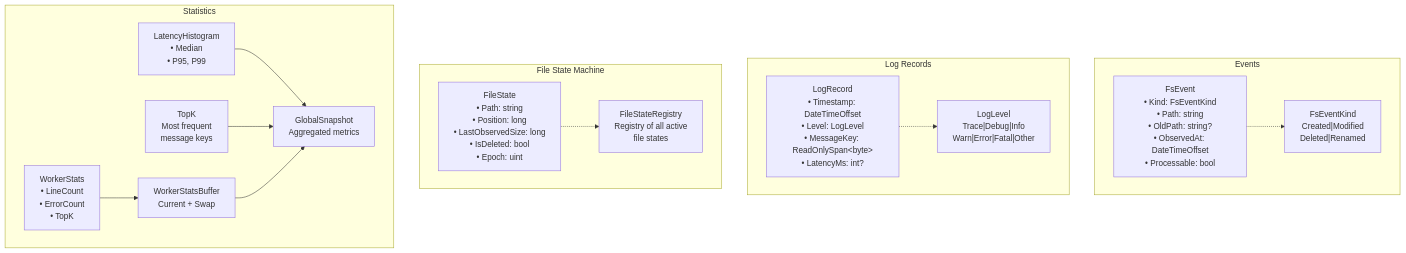
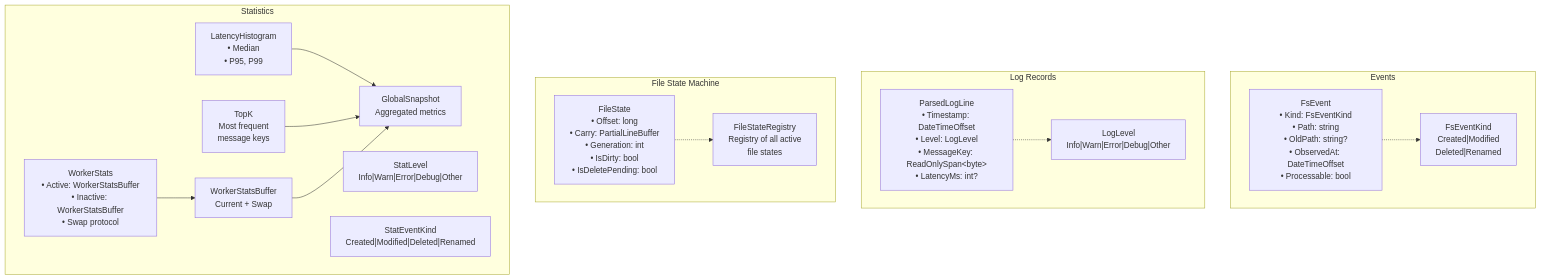
One commit to jvspeed74/LogWatcher changed the third of 8 diagrams in docs/system_diagram.md. Above: the diagram before and after it, drawn with Mermaid. The commit also changed other lines of this file and 21 other files, not shown here.

````diff
--- a/docs/system_diagram.md
+++ b/docs/system_diagram.md
@@ -152,34 +153,36 @@
 ```mermaid
 graph TB
     subgraph Events["Events"]
         FEV["FsEvent<br/>• Kind: FsEventKind<br/>• Path: string<br/>• OldPath: string?<br/>• ObservedAt: DateTimeOffset<br/>• Processable: bool"]
         FEVK["FsEventKind<br/>Created|Modified<br/>Deleted|Renamed"]
     end
 
     subgraph Records["Log Records"]
-        LOGR["LogRecord<br/>• Timestamp: DateTimeOffset<br/>• Level: LogLevel<br/>• MessageKey: ReadOnlySpan&lt;byte&gt;<br/>• LatencyMs: int?"]
-        LOGLVL["LogLevel<br/>Trace|Debug|Info<br/>Warn|Error|Fatal|Other"]
+        LOGR["ParsedLogLine<br/>• Timestamp: DateTimeOffset<br/>• Level: LogLevel<br/>• MessageKey: ReadOnlySpan&lt;byte&gt;<br/>• LatencyMs: int?"]
+        LOGLVL["LogLevel<br/>Info|Warn|Error|Debug|Other"]
     end
 
     subgraph FileState["File State Machine"]
-        FSTATE["FileState<br/>• Path: string<br/>• Position: long<br/>• LastObservedSize: long<br/>• IsDeleted: bool<br/>• Epoch: uint"]
+        FSTATE["FileState<br/>• Offset: long<br/>• Carry: PartialLineBuffer<br/>• Generation: int<br/>• IsDirty: bool<br/>• IsDeletePending: bool"]
         FSREG["FileStateRegistry<br/>Registry of all active<br/>file states"]
     end
 
     subgraph Stats["Statistics"]
-        WS["WorkerStats<br/>• LineCount<br/>• ErrorCount<br/>• TopK"]
+        WS["WorkerStats<br/>• Active: WorkerStatsBuffer<br/>• Inactive: WorkerStatsBuffer<br/>• Swap protocol"]
         WSB["WorkerStatsBuffer<br/>Current + Swap"]
         LH["LatencyHistogram<br/>• Median<br/>• P95, P99"]
         TK["TopK<br/>Most frequent<br/>message keys"]
         GS["GlobalSnapshot<br/>Aggregated metrics"]
+        SL["StatLevel<br/>Info|Warn|Error|Debug|Other"]
+        SEK["StatEventKind<br/>Created|Modified|Deleted|Renamed"]
     end
 
     FEV -.-> FEVK
     LOGR -.-> LOGLVL
     FSTATE -.-> FSREG
     WS --> WSB
     LH --> GS
     TK --> GS
     WSB --> GS
 
 ```
````
